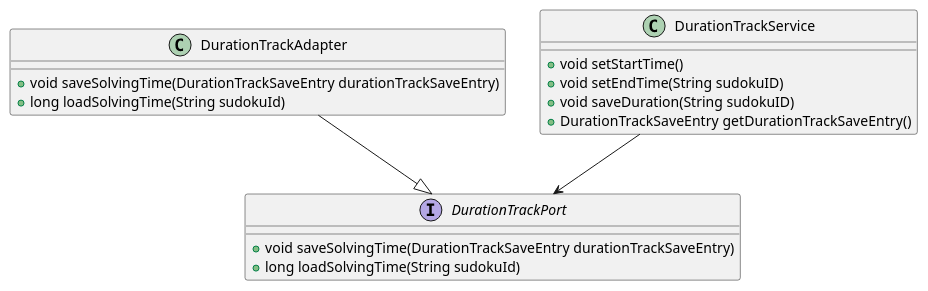
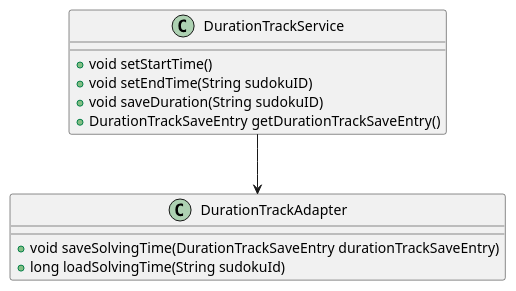
Before and after one commit to mohjohfox/cli-sudoku: the diagram in uml/dependency_rule/dependency_rule_4_negative_example Withoutport.puml, drawn with PlantUML. The commit also changed 10 other files, not shown here.

First line of the commit message:
Fixed uml

```diff
--- a/uml/dependency_rule/dependency_rule_4_negative_example Withoutport.puml
+++ b/uml/dependency_rule/dependency_rule_4_negative_example Withoutport.puml
@@ -1,21 +1,15 @@
 @startuml
-interface DurationTrackPort {
-   + void saveSolvingTime(DurationTrackSaveEntry durationTrackSaveEntry)
-   + long loadSolvingTime(String sudokuId)
-}
-
 class DurationTrackAdapter {
     + void saveSolvingTime(DurationTrackSaveEntry durationTrackSaveEntry)
     + long loadSolvingTime(String sudokuId)
 }
 
 class DurationTrackService {
     + void setStartTime()
     + void setEndTime(String sudokuID)
     + void saveDuration(String sudokuID)
 	+ DurationTrackSaveEntry getDurationTrackSaveEntry()
 }
 
-DurationTrackAdapter --|> DurationTrackPort
-DurationTrackService --> DurationTrackPort
+DurationTrackService --> DurationTrackAdapter
 @enduml
```
